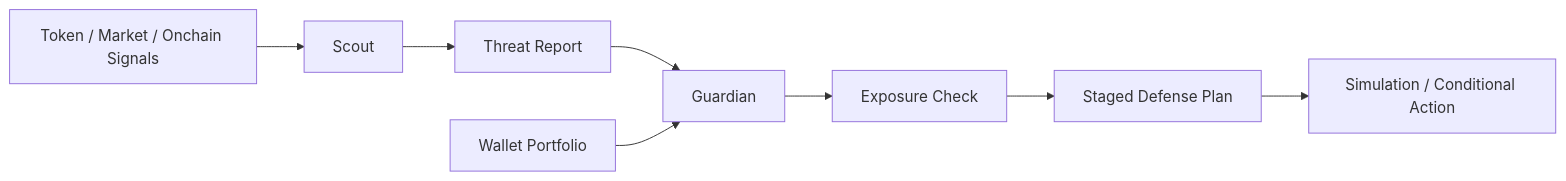
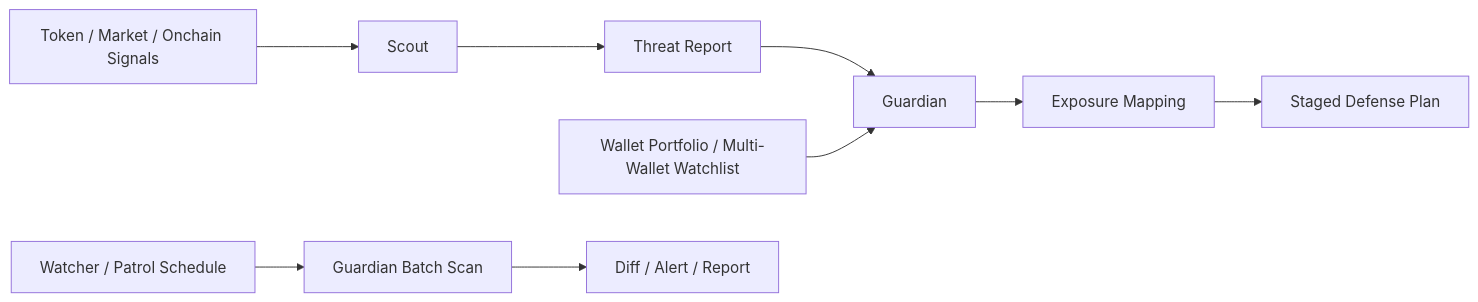
One commit to funnys1r/OKX-RugShield changed the diagram in README.md. Above: the diagram before and after it, drawn with Mermaid. The commit also changed other lines of this file and 9 other files, not shown here.

Commit message:
feat: add watcher workflow and readable guardian reports

````diff
--- a/README.md
+++ b/README.md
@@ -42,10 +30,11 @@
 ```mermaid
 flowchart LR
   A[Token / Market / Onchain Signals] --> B[Scout]
   B --> C[Threat Report]
   C --> D[Guardian]
-  E[Wallet Portfolio] --> D
-  D --> F[Exposure Check]
+  E[Wallet Portfolio / Multi-Wallet Watchlist] --> D
+  D --> F[Exposure Mapping]
   F --> G[Staged Defense Plan]
-  G --> H[Simulation / Conditional Action]
+  H[Watcher / Patrol Schedule] --> I[Guardian Batch Scan]
+  I --> J[Diff / Alert / Report]
 ```
````
